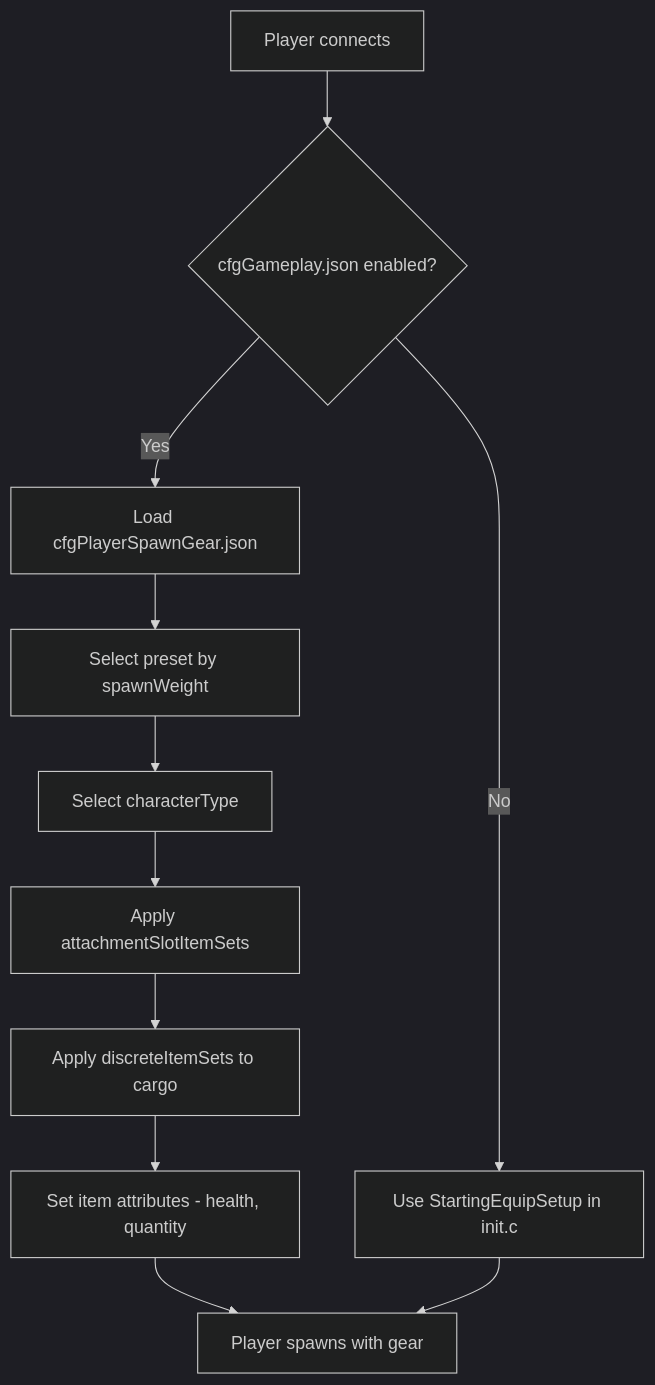
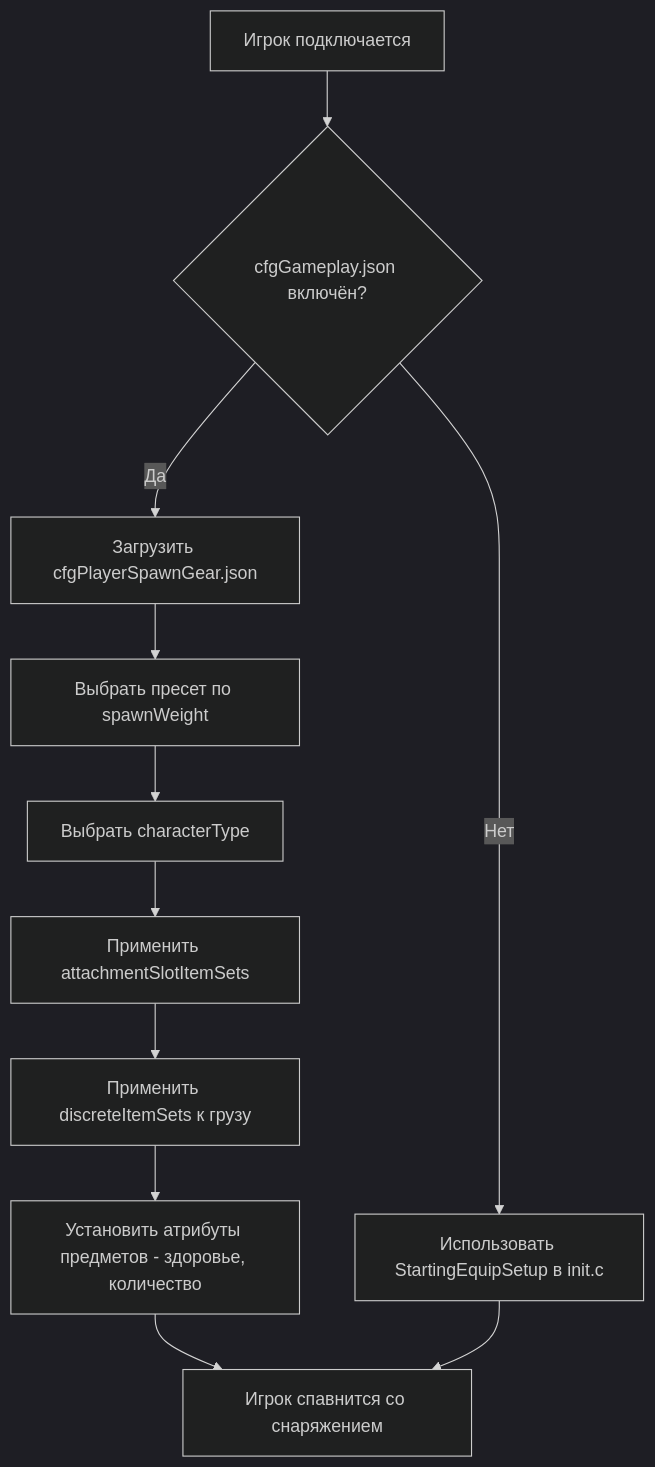
The diagram in ru/05-config-files/06-spawning-gear.md (StarDZ-Team/DayZ-Modding-Wiki), drawn with Mermaid (dark theme) before and after one commit. The commit also changed other lines of this file and 17 other files, not shown here.

````diff
--- a/ru/05-config-files/06-spawning-gear.md
+++ b/ru/05-config-files/06-spawning-gear.md
@@ -41,13 +43,13 @@
 ```mermaid
 flowchart TD
-    A[Player connects] --> B{cfgGameplay.json enabled?}
-    B -->|Yes| C[Load cfgPlayerSpawnGear.json]
-    B -->|No| D[Use StartingEquipSetup in init.c]
-    C --> E[Select preset by spawnWeight]
-    E --> F[Select characterType]
-    F --> G[Apply attachmentSlotItemSets]
-    G --> H[Apply discreteItemSets to cargo]
-    H --> I[Set item attributes - health, quantity]
-    I --> J[Player spawns with gear]
+    A[Игрок подключается] --> B{cfgGameplay.json включён?}
+    B -->|Да| C[Загрузить cfgPlayerSpawnGear.json]
+    B -->|Нет| D[Использовать StartingEquipSetup в init.c]
+    C --> E[Выбрать пресет по spawnWeight]
+    E --> F[Выбрать characterType]
+    F --> G[Применить attachmentSlotItemSets]
+    G --> H[Применить discreteItemSets к грузу]
+    H --> I[Установить атрибуты предметов - здоровье, количество]
+    I --> J[Игрок спавнится со снаряжением]
     D --> J
 ```
````
